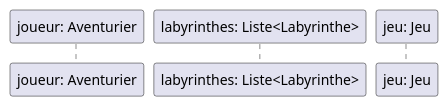
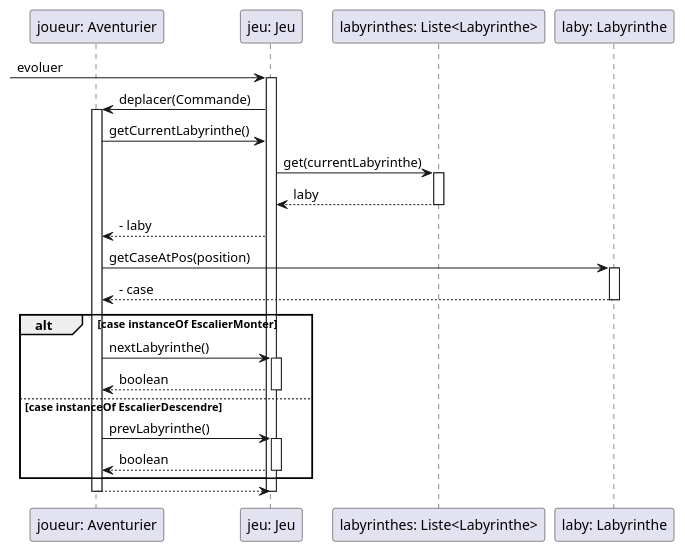
Before and after one commit to toxicbloud/Zeldiablo: the diagram in documents/version_6/diagramme_sequence_transition_labyrinthes.puml, drawn with PlantUML. The commit also changed 1 other file, not shown here.

Commit message:
Ajout diagrammes de sequence et modification jeu diagramme de classe

```diff
--- a/documents/version_6/diagramme_sequence_transition_labyrinthes.puml
+++ b/documents/version_6/diagramme_sequence_transition_labyrinthes.puml
@@ -1,6 +1,36 @@
 @startuml
 participant "joueur: Aventurier" as joueur
+participant "jeu: Jeu" as jeu
 participant "labyrinthes: Liste<Labyrinthe>" as tabLaby
-participant "jeu: Jeu"
+participant "laby: Labyrinthe" as laby
+
+[-> jeu: evoluer
+activate jeu
+    jeu -> joueur: deplacer(Commande)
+    activate joueur
+        joueur -> jeu: getCurrentLabyrinthe()
+        jeu -> tabLaby: get(currentLabyrinthe)
+        activate tabLaby
+        tabLaby --> jeu: laby
+        deactivate tabLaby
+        jeu --> joueur: - laby
+        joueur -> laby: getCaseAtPos(position)
+        activate laby
+        laby --> joueur: - case
+        deactivate laby
+        alt case instanceOf EscalierMonter
+            joueur -> jeu: nextLabyrinthe()
+            activate jeu
+            jeu --> joueur: boolean
+            deactivate jeu
+        else case instanceOf EscalierDescendre
+            joueur -> jeu: prevLabyrinthe()
+            activate jeu
+            jeu --> joueur: boolean
+            deactivate jeu
+        end
+        joueur --> jeu
+    deactivate joueur
+deactivate jeu
 
 @enduml
```
